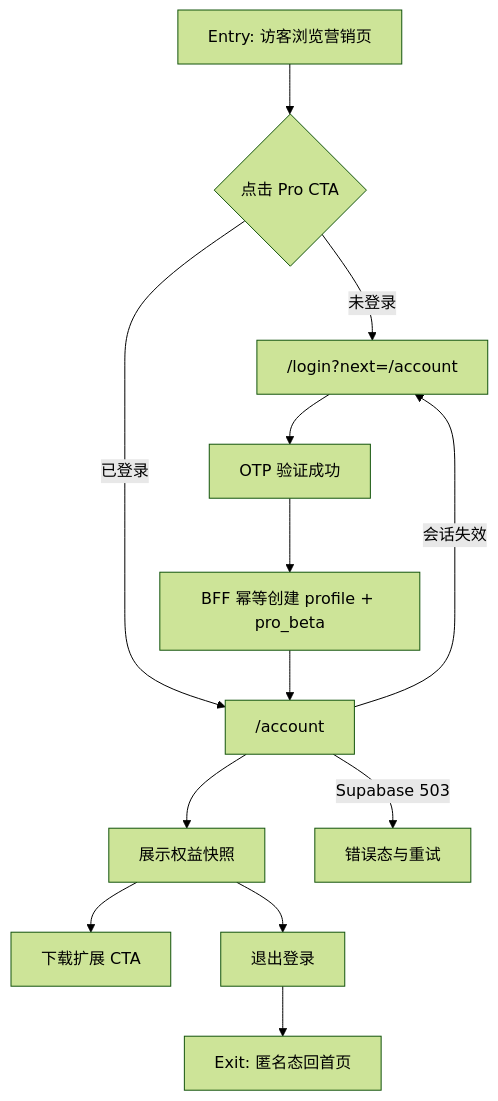
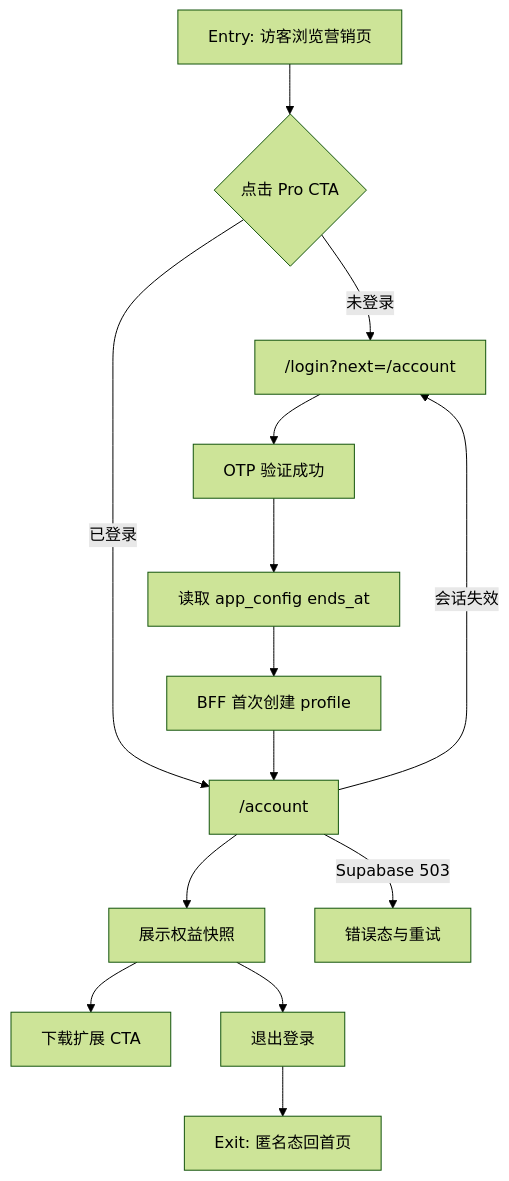
One commit to 0x00pluto/zhiying-media-assistant-web changed the second of 5 diagrams in specs/prds/prd-00002-web-account-center-beta-entitlement.md. Above: the diagram before and after it, drawn with Mermaid (forest theme). The commit also changed other lines of this file and 37 other files, not shown here.

````diff
--- a/specs/prds/prd-00002-web-account-center-beta-entitlement.md
+++ b/specs/prds/prd-00002-web-account-center-beta-entitlement.md
@@ -329,15 +353,16 @@
 ```mermaid
 flowchart TD
   entry[Entry: 访客浏览营销页] --> pricingCTA{点击 Pro CTA}
   pricingCTA -->|未登录| loginPage["/login?next=/account"]
   pricingCTA -->|已登录| accountPage["/account"]
   loginPage --> otpFlow[OTP 验证成功]
-  otpFlow --> ensureProfile[BFF 幂等创建 profile + pro_beta]
+  otpFlow --> readConfig[读取 app_config ends_at]
+  readConfig --> ensureProfile[BFF 首次创建 profile]
   ensureProfile --> accountPage
   accountPage --> showEntitlement[展示权益快照]
   showEntitlement --> installExt[下载扩展 CTA]
   showEntitlement --> logout[退出登录]
   logout --> teardown[Exit: 匿名态回首页]
   accountPage -->|会话失效| loginPage
   accountPage -->|Supabase 503| errorState[错误态与重试]
 ```
````
